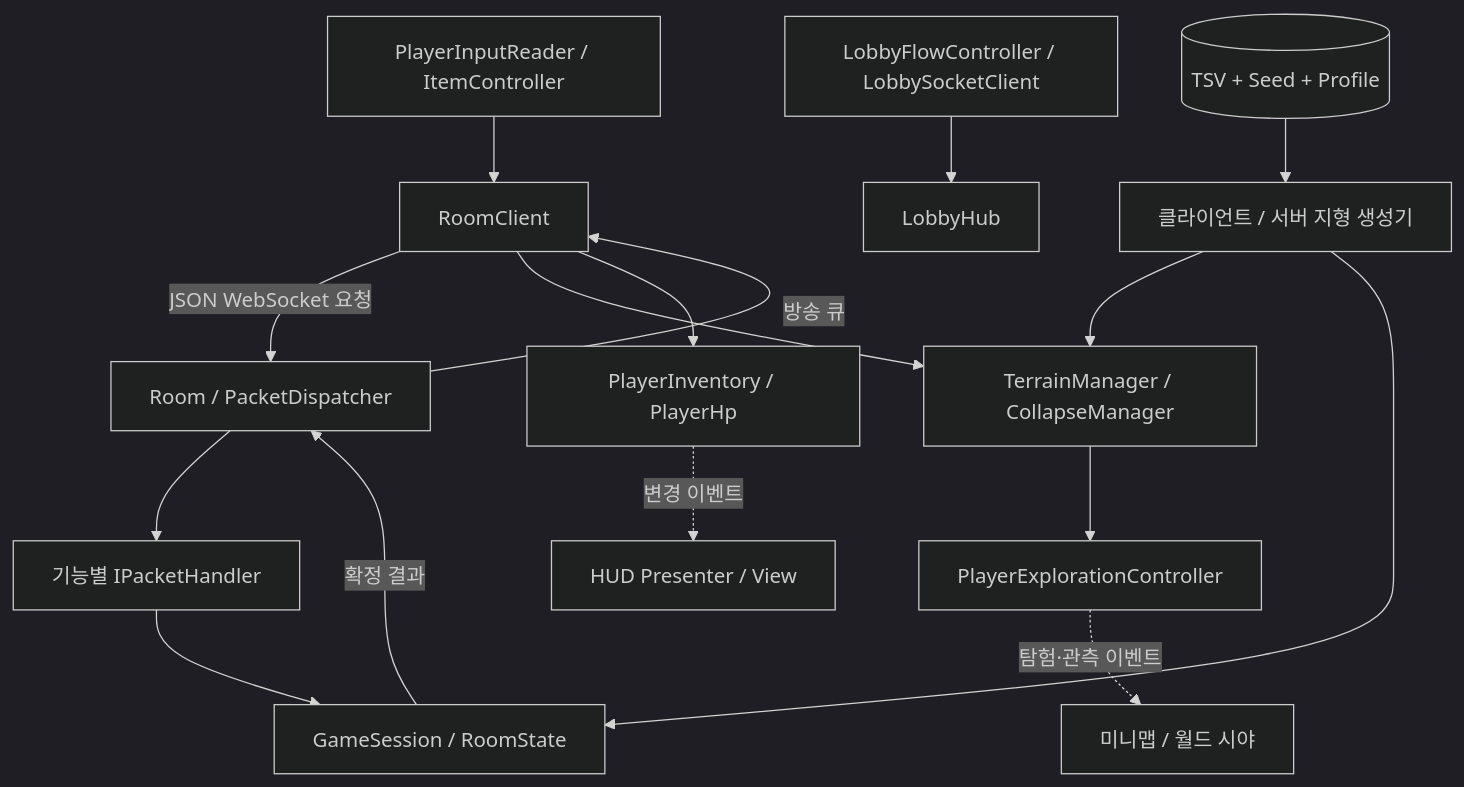
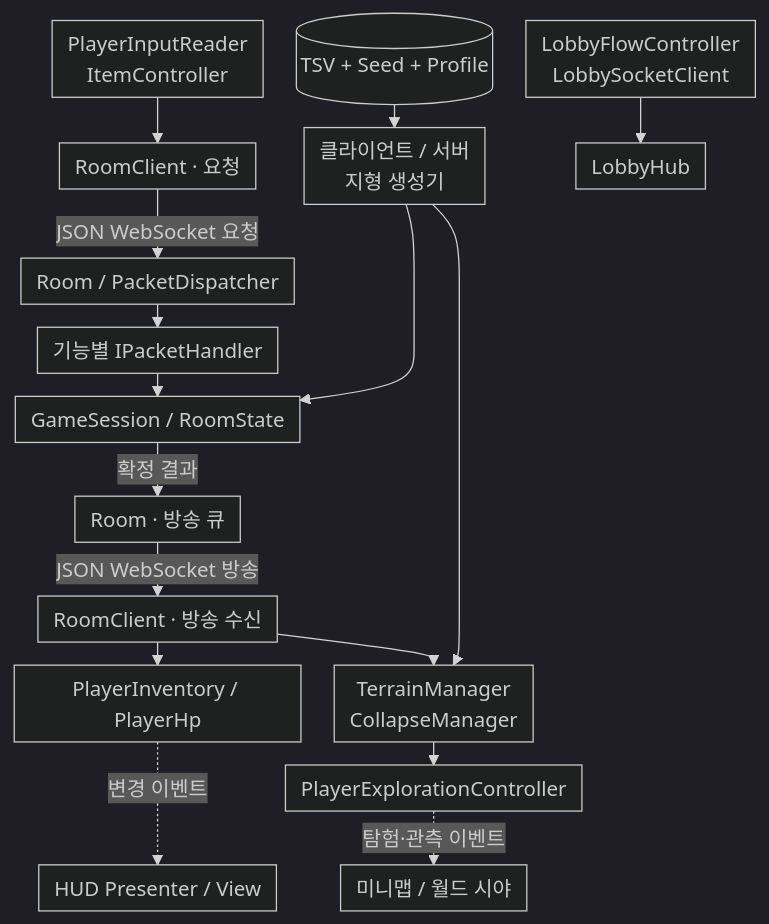
The first of 7 diagrams in src/3-Folk-Sack/TechDoc_FolkSack.md (keeeery/portfolio), drawn with Mermaid (dark theme) before and after one commit. The commit also changed other lines of this file and 11 other files, not shown here.

Commit message:
기술 문서 다이어그램 정리: 세로 배치·복귀 상태 분리, Folk Sack 구조도 지형 연결 맞추기, 주요 패키지 바로잡기

````diff
--- a/src/3-Folk-Sack/TechDoc_FolkSack.md
+++ b/src/3-Folk-Sack/TechDoc_FolkSack.md
@@ -73,18 +73,24 @@
 ```mermaid
+%%{init: {"flowchart": {"rankSpacing": 18, "nodeSpacing": 26, "padding": 6}}}%%
 flowchart TB
-    Input["PlayerInputReader / ItemController"] --> RC["RoomClient"]
-    Lobby["LobbyFlowController / LobbySocketClient"] --> LH["LobbyHub"]
+    %% folk-sack-architecture
+    Input["PlayerInputReader<br/>ItemController"] --> RC["RoomClient · 요청"]
     RC -->|JSON WebSocket 요청| Room["Room / PacketDispatcher"]
     Room --> Handler["기능별 IPacketHandler"]
     Handler --> GS["GameSession / RoomState"]
-    GS -->|확정 결과| Room
-    Room -->|방송 큐| RC
-    RC --> TM["TerrainManager / CollapseManager"]
-    RC --> INV["PlayerInventory / PlayerHp"]
+    GS -->|확정 결과| Broadcast["Room · 방송 큐"]
+    Broadcast -->|JSON WebSocket 방송| Receive["RoomClient · 방송 수신"]
+    Receive --> INV["PlayerInventory / PlayerHp"]
+    Receive --> TM["TerrainManager<br/>CollapseManager"]
     TM --> EXP["PlayerExplorationController"]
+    EXP -.탐험·관측 이벤트.-> Map["미니맵 / 월드 시야"]
     INV -.변경 이벤트.-> HUD["HUD Presenter / View"]
-    EXP -.탐험·관측 이벤트.-> Map["미니맵 / 월드 시야"]
-    TSV[("TSV + Seed + Profile")] --> GEN["클라이언트 / 서버 지형 생성기"]
+    TSV[("TSV + Seed + Profile")] --> GEN["클라이언트 / 서버<br/>지형 생성기"]
     GEN --> TM
     GEN --> GS
+    Lobby["LobbyFlowController<br/>LobbySocketClient"] --> LH["LobbyHub"]
+    %% 시작 노드와 하단 결과 노드의 행을 맞추는 배치용 연결
+    GEN ~~~ Room
+    Input ~~~ GEN
+    INV ~~~~ HUD
 ```
````
